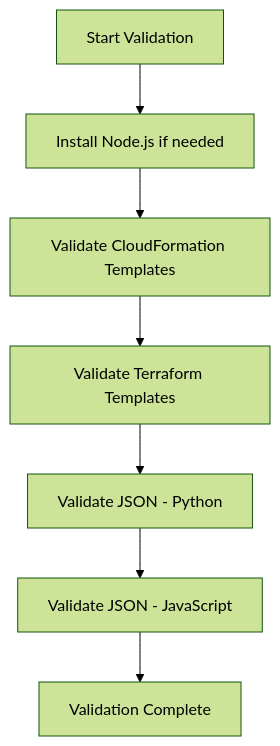
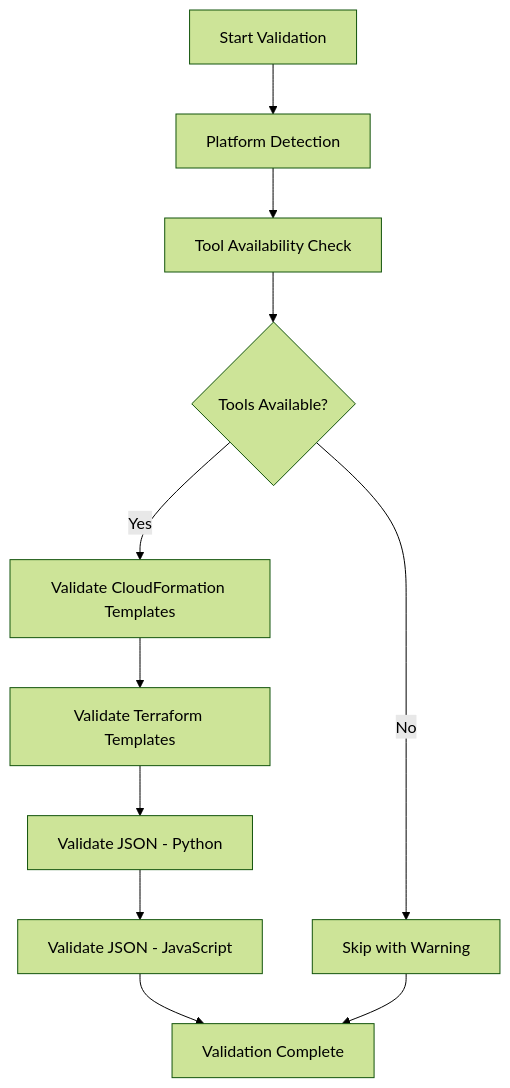
Before and after one commit to Faus7679/practice-learning-faus-project: the second of 2 diagrams in README.md, drawn with Mermaid (forest theme). The commit also changed other lines of this file and 1 other file, not shown here.

````diff
--- a/README.md
+++ b/README.md
@@ -166,9 +197,13 @@
 ```mermaid
 graph TD
-    A[Start Validation] --> B[Install Node.js if needed]
-    B --> C[Validate CloudFormation Templates]
-    C --> D[Validate Terraform Templates]
-    D --> E[Validate JSON - Python]
-    E --> F[Validate JSON - JavaScript]
-    F --> G[Validation Complete]
+    A[Start Validation] --> B[Platform Detection]
+    B --> C[Tool Availability Check]
+    C --> D{Tools Available?}
+    D -->|Yes| E[Validate CloudFormation Templates]
+    D -->|No| F[Skip with Warning]
+    E --> G[Validate Terraform Templates]
+    G --> H[Validate JSON - Python]
+    H --> I[Validate JSON - JavaScript]
+    I --> J[Validation Complete]
+    F --> J
 ```
````
